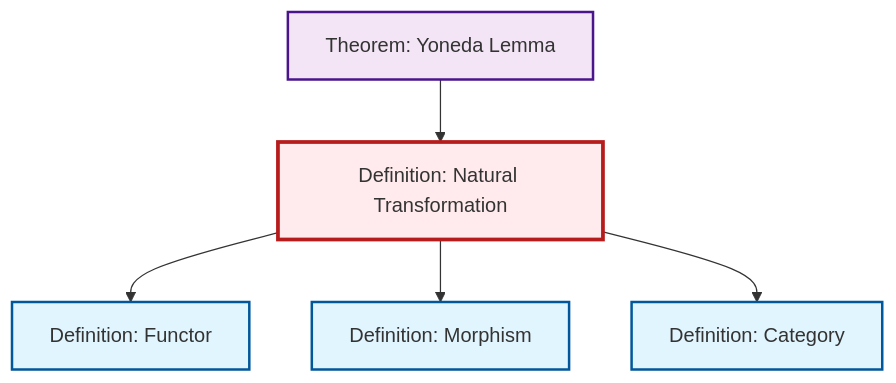
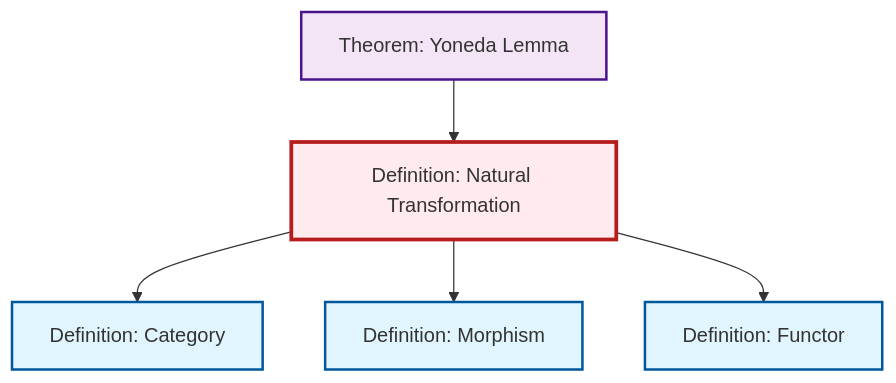
The diagram in content/ja/category-theory/def-natural-transformation.qmd (RK0429/ModernMath), drawn with Mermaid before and after one commit. The commit also changed other lines of this file and 597 other files, not shown here.

````diff
--- a/content/ja/category-theory/def-natural-transformation.qmd
+++ b/content/ja/category-theory/def-natural-transformation.qmd
@@ -60,23 +60,23 @@
 ```{mermaid}
 %%| fig-cap: "Local dependency graph"
 graph TD
     classDef definition fill:#e1f5fe,stroke:#01579b,stroke-width:2px
     classDef theorem fill:#f3e5f5,stroke:#4a148c,stroke-width:2px
     classDef axiom fill:#fff3e0,stroke:#e65100,stroke-width:2px
     classDef example fill:#e8f5e9,stroke:#1b5e20,stroke-width:2px
     classDef current fill:#ffebee,stroke:#b71c1c,stroke-width:3px
+    def-natural-transformation["Definition: Natural Transformation"]:::definition
+    def-category["Definition: Category"]:::definition
     thm-yoneda["Theorem: Yoneda Lemma"]:::theorem
     def-morphism["Definition: Morphism"]:::definition
-    def-category["Definition: Category"]:::definition
-    def-natural-transformation["Definition: Natural Transformation"]:::definition
     def-functor["Definition: Functor"]:::definition
-    def-natural-transformation --> def-functor
+    def-natural-transformation --> def-category
     thm-yoneda --> def-natural-transformation
     def-natural-transformation --> def-morphism
-    def-natural-transformation --> def-category
+    def-natural-transformation --> def-functor
     class def-natural-transformation current
+    click def-category "def-category.html" "Definition: Categoryへ"
     click thm-yoneda "thm-yoneda.html" "Theorem: Yoneda Lemmaへ"
     click def-morphism "def-morphism.html" "Definition: Morphismへ"
-    click def-category "def-category.html" "Definition: Categoryへ"
     click def-functor "def-functor.html" "Definition: Functorへ"
 ```
````
